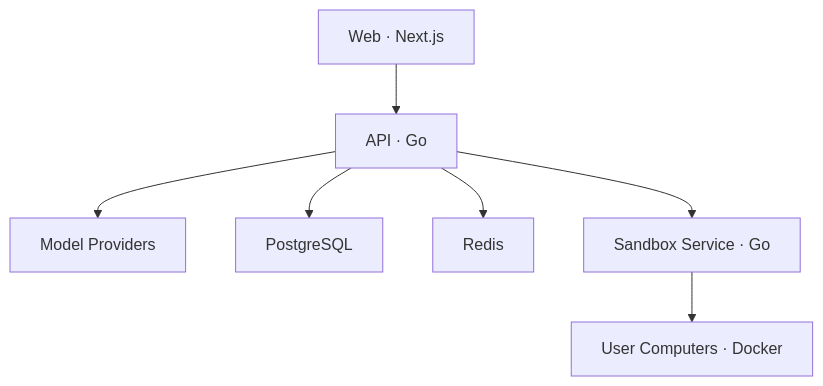
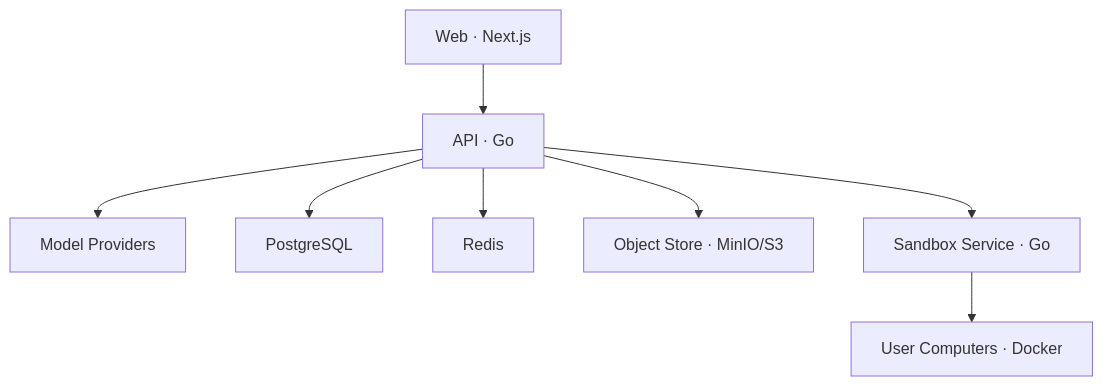
The diagram in README.md (biubiuqiu/lester-agent), drawn with Mermaid before and after one commit. The commit also changed other lines of this file and 53 other files, not shown here.

````diff
--- a/README.md
+++ b/README.md
@@ -38,9 +37,10 @@
 ```mermaid
 flowchart TD
     Web["Web · Next.js"] --> API["API · Go"]
     API --> Model["Model Providers"]
     API --> PostgreSQL
     API --> Redis
+    API --> MinIO["Object Store · MinIO/S3"]
     API --> Sandbox["Sandbox Service · Go"]
     Sandbox --> Docker["User Computers · Docker"]
 ```
````
